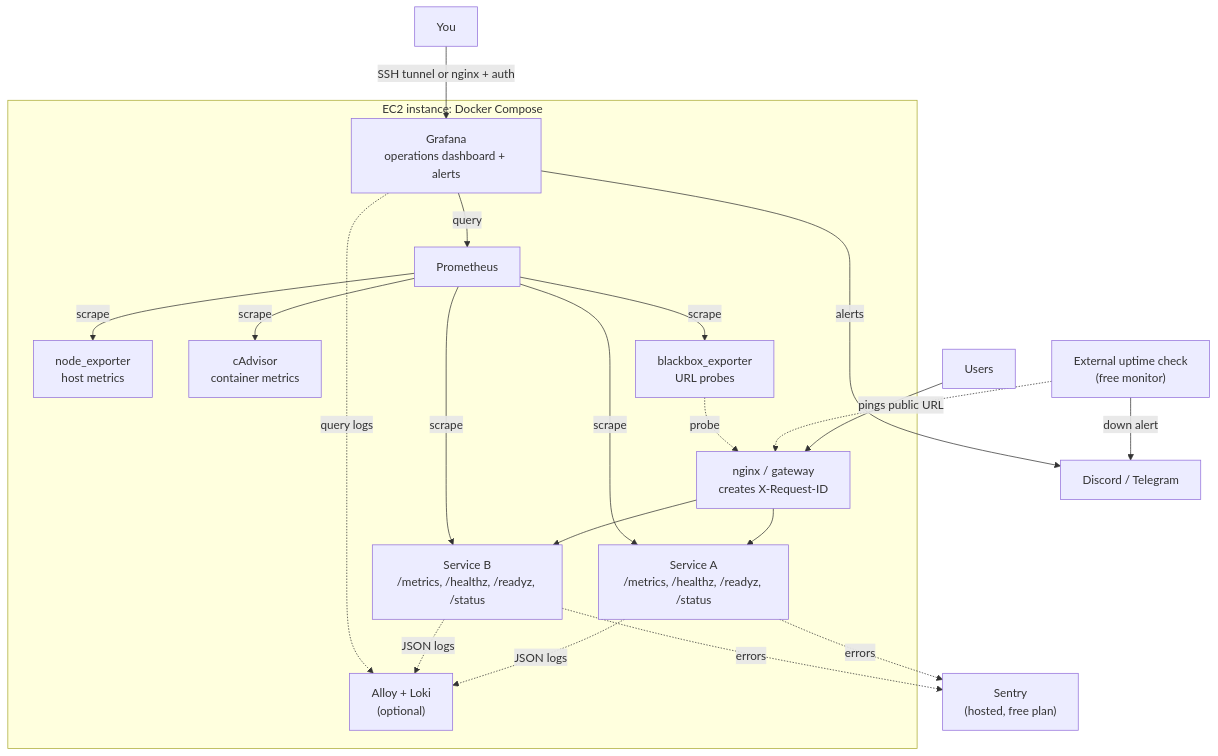
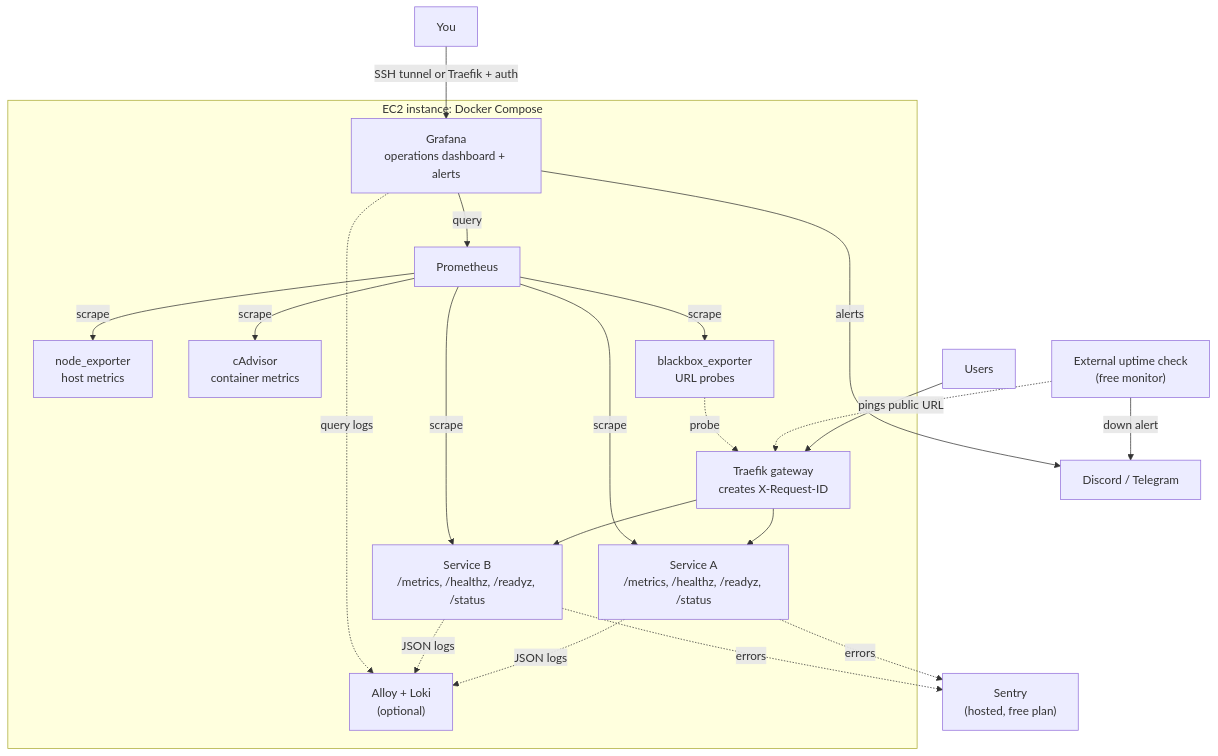
The diagram in documents/devops/images/src/observability-architecture.mmd (Phenriquerafael/LABDSOF_G9A), drawn with Mermaid before and after one commit. The commit also changed 4 other files, not shown here.

First line of the commit message:
DEVOPS-02: use Traefik as the gateway in the observability plan and figures

```diff
--- a/documents/devops/images/src/observability-architecture.mmd
+++ b/documents/devops/images/src/observability-architecture.mmd
@@ -1,30 +1,30 @@
 flowchart TB
-    USER["Users"] --> NGINX
-    UPTIME["External uptime check<br/>(free monitor)"] -. "pings public URL" .-> NGINX
+    USER["Users"] --> TRAEFIK
+    UPTIME["External uptime check<br/>(free monitor)"] -. "pings public URL" .-> TRAEFIK
 
     subgraph EC2["EC2 instance: Docker Compose"]
-        NGINX["nginx / gateway<br/>creates X-Request-ID"] --> SVCA["Service A<br/>/metrics, /healthz, /readyz, /status"]
-        NGINX --> SVCB["Service B<br/>/metrics, /healthz, /readyz, /status"]
+        TRAEFIK["Traefik gateway<br/>creates X-Request-ID"] --> SVCA["Service A<br/>/metrics, /healthz, /readyz, /status"]
+        TRAEFIK --> SVCB["Service B<br/>/metrics, /healthz, /readyz, /status"]
         PROM["Prometheus"]
         NODE["node_exporter<br/>host metrics"]
         CADV["cAdvisor<br/>container metrics"]
         BB["blackbox_exporter<br/>URL probes"]
         GRAF["Grafana<br/>operations dashboard + alerts"]
         ALLOY["Alloy + Loki<br/>(optional)"]
         PROM -->|scrape| NODE
         PROM -->|scrape| CADV
         PROM -->|scrape| SVCA
         PROM -->|scrape| SVCB
         PROM -->|scrape| BB
-        BB -.->|probe| NGINX
+        BB -.->|probe| TRAEFIK
         GRAF -->|query| PROM
         SVCA -. "JSON logs" .-> ALLOY
         SVCB -. "JSON logs" .-> ALLOY
         GRAF -. "query logs" .-> ALLOY
     end
 
     SVCA -. "errors" .-> SENTRY["Sentry<br/>(hosted, free plan)"]
     SVCB -. "errors" .-> SENTRY
     GRAF -->|alerts| NOTIFY["Discord / Telegram"]
     UPTIME -->|down alert| NOTIFY
-    YOU["You"] -->|"SSH tunnel or nginx + auth"| GRAF
+    YOU["You"] -->|"SSH tunnel or Traefik + auth"| GRAF
```
